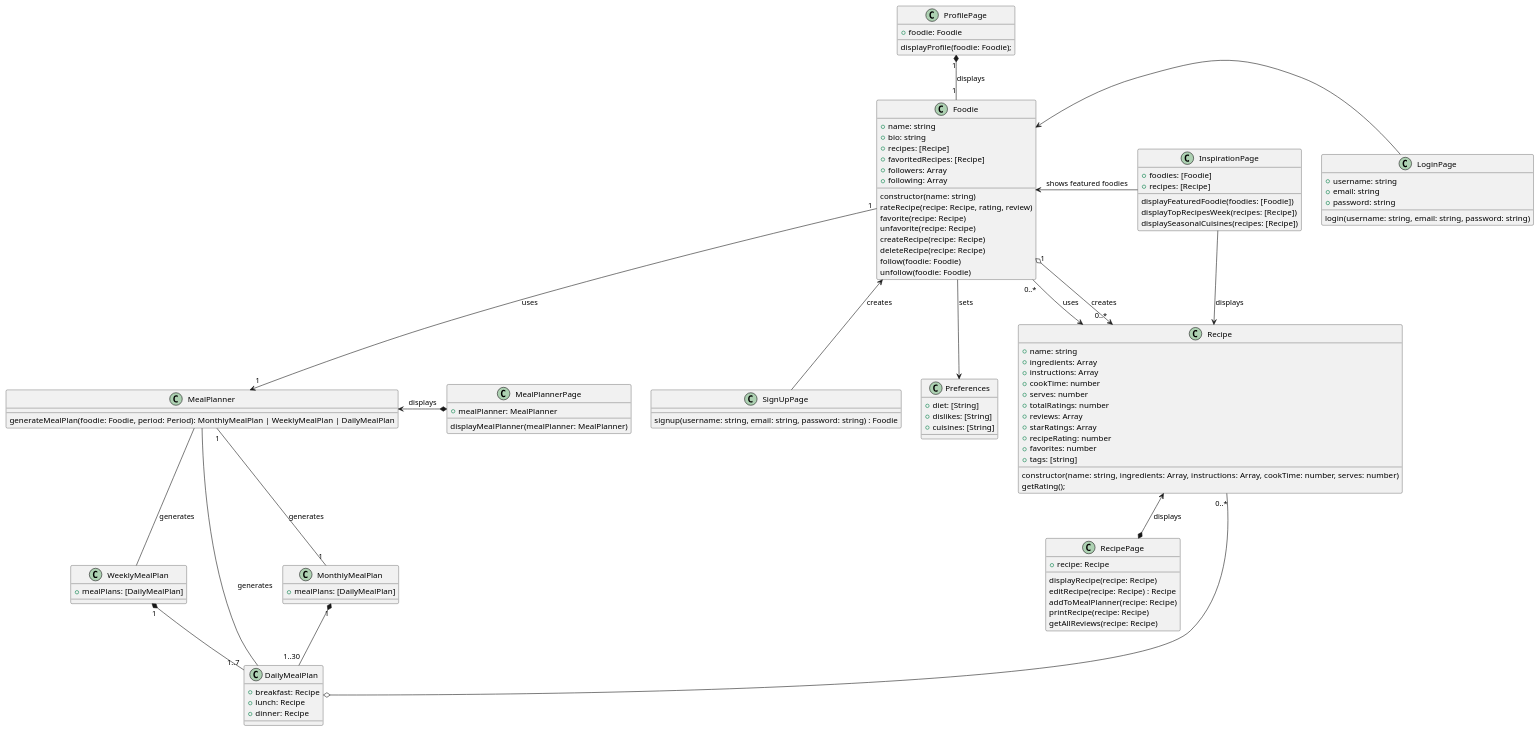
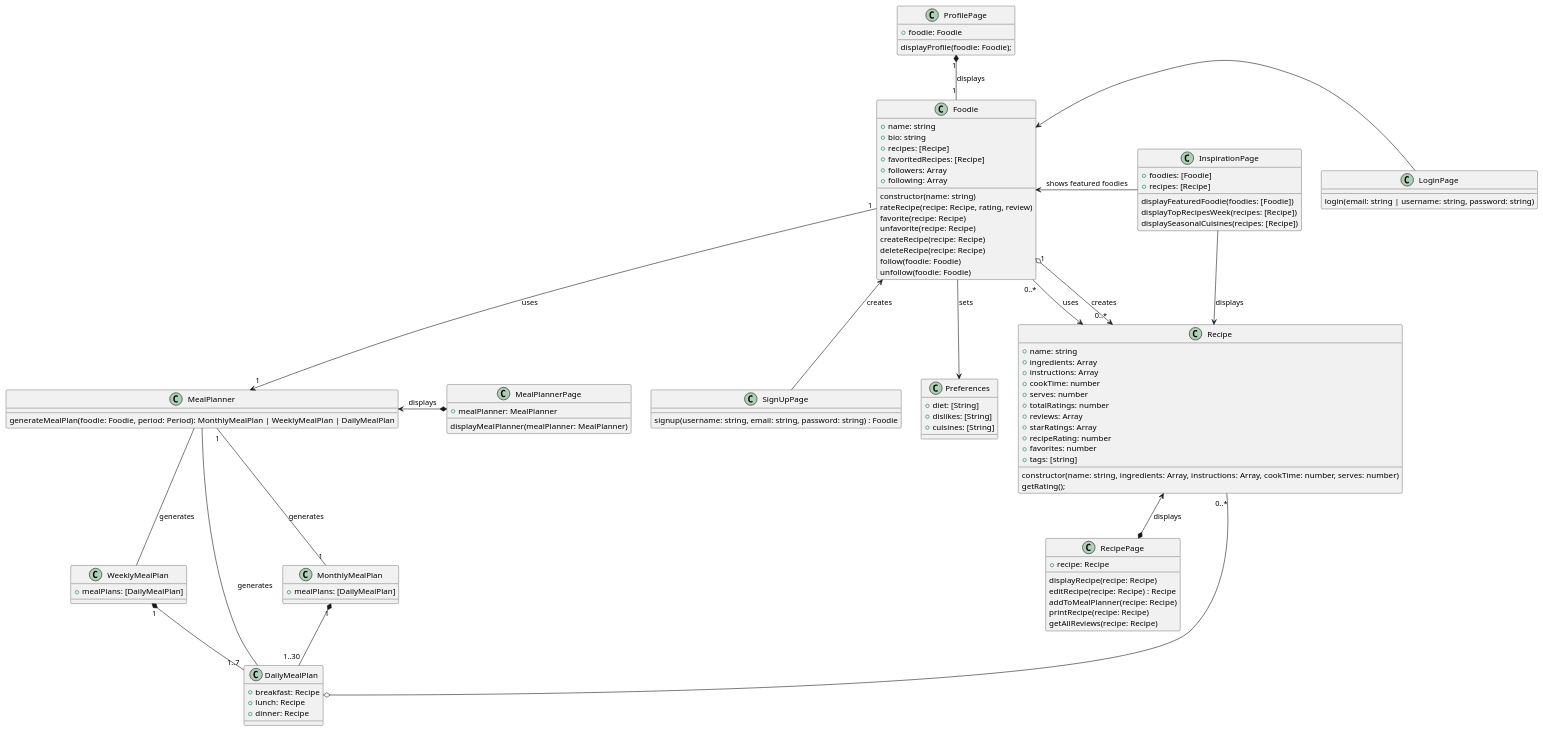
Before and after one commit to balibee/voodie: the diagram in architecture/class.puml, drawn with PlantUML.

Commit message:
Correct ProfilePage logic in UML

```diff
--- a/architecture/class.puml
+++ b/architecture/class.puml
@@ -1,128 +1,123 @@
 @startuml Voodie Class Diagram
 
 class Foodie {
 
     +name: string
     +bio: string
     +recipes: [Recipe]
     +favoritedRecipes: [Recipe]
     +followers: Array
     +following: Array
 
     constructor(name: string)
     rateRecipe(recipe: Recipe, rating, review)
     favorite(recipe: Recipe)
     unfavorite(recipe: Recipe)
     createRecipe(recipe: Recipe)
     deleteRecipe(recipe: Recipe)
     follow(foodie: Foodie)
     unfollow(foodie: Foodie)
 }
 
 class Recipe {
     +name: string
     +ingredients: Array
     +instructions: Array
     +cookTime: number
     +serves: number
     +totalRatings: number
     +reviews: Array
     +starRatings: Array
     +recipeRating: number
     +favorites: number
     +tags: [string]
 
     constructor(name: string, ingredients: Array, instructions: Array, cookTime: number, serves: number)
     getRating();
 }
 
 class RecipePage {
     +recipe: Recipe
 
     displayRecipe(recipe: Recipe)
     editRecipe(recipe: Recipe) : Recipe
     addToMealPlanner(recipe: Recipe)
     printRecipe(recipe: Recipe)
     getAllReviews(recipe: Recipe)
 }
 
 class MealPlannerPage {
     +mealPlanner: MealPlanner
     displayMealPlanner(mealPlanner: MealPlanner)
 }
 
 class MealPlanner {
     generateMealPlan(foodie: Foodie, period: Period): MonthlyMealPlan | WeeklyMealPlan | DailyMealPlan
 }
 
 class MonthlyMealPlan {
     +mealPlans: [DailyMealPlan]
 }
 
 class WeeklyMealPlan {
     +mealPlans: [DailyMealPlan]
 }
 
 class DailyMealPlan {
     +breakfast: Recipe
     +lunch: Recipe
     +dinner: Recipe
 }
 
 class InspirationPage {
     +foodies: [Foodie]
     +recipes: [Recipe]
 
     displayFeaturedFoodie(foodies: [Foodie])
     displayTopRecipesWeek(recipes: [Recipe])
     displaySeasonalCuisines(recipes: [Recipe])
 }
 
 class LoginPage {
-    +username: string
-    +email: string
-    +password: string
-
-    login(username: string, email: string, password: string)
+    login(email: string | username: string, password: string)
 }
 
 class SignUpPage {
-
     signup(username: string, email: string, password: string) : Foodie
 }
 
 class ProfilePage {
     +foodie: Foodie
     displayProfile(foodie: Foodie);
 }
 
 class Preferences {
     +diet: [String]
     +dislikes: [String]
     +cuisines: [String]
 }
 
 ProfilePage "1" *-- "1" Foodie : displays
 
 Foodie <-right- LoginPage
 Foodie <-down- SignUpPage : creates
 Foodie "1" o-> "0..*" Recipe : creates
 Foodie "1" --> "1" MealPlanner : uses
 Foodie <- InspirationPage : shows featured foodies
 
 MealPlanner "1" -- "1" MonthlyMealPlan : generates
 MealPlanner -down- WeeklyMealPlan : generates
 MealPlanner - DailyMealPlan : generates
 MealPlanner <-right-* MealPlannerPage : displays
 
 MonthlyMealPlan "1" *-down- "1..30" DailyMealPlan
 WeeklyMealPlan "1" *-- "1..7" DailyMealPlan
 
 Recipe <-right- "0..*" Foodie : uses
 Recipe "0..*" -o DailyMealPlan
 Recipe <-down-* RecipePage : displays
 Recipe <-up- InspirationPage: displays
 
 Preferences <-up- Foodie : sets
 
 @enduml
```
